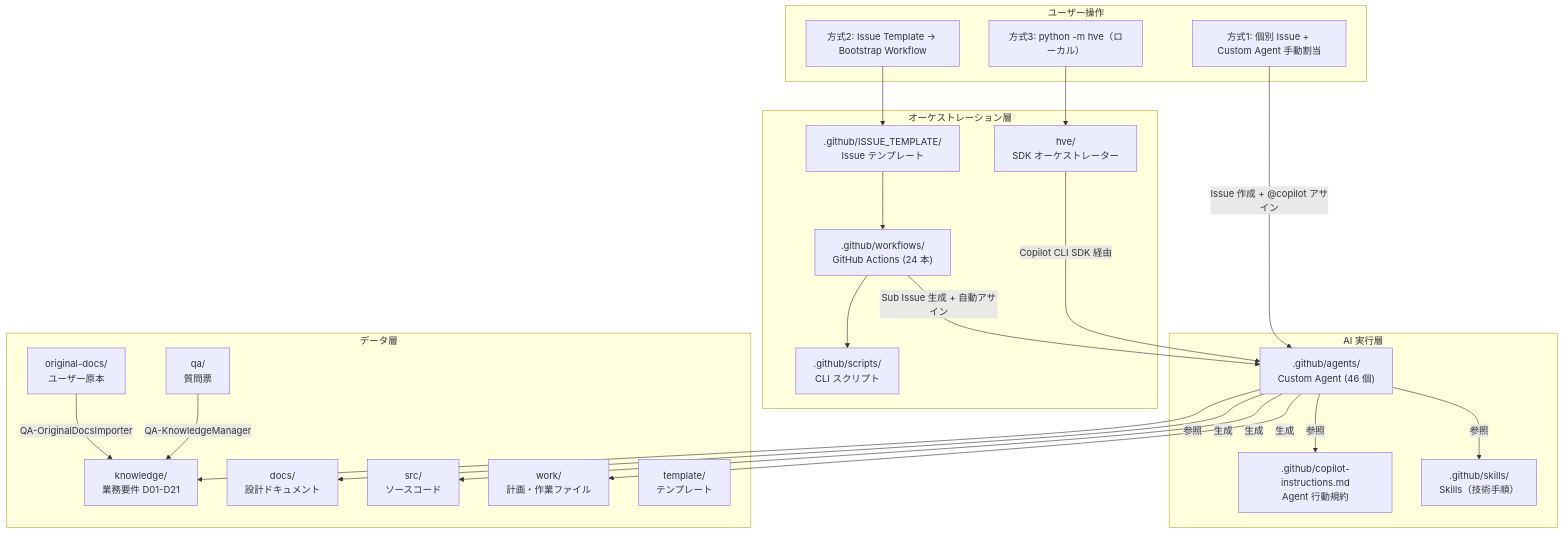
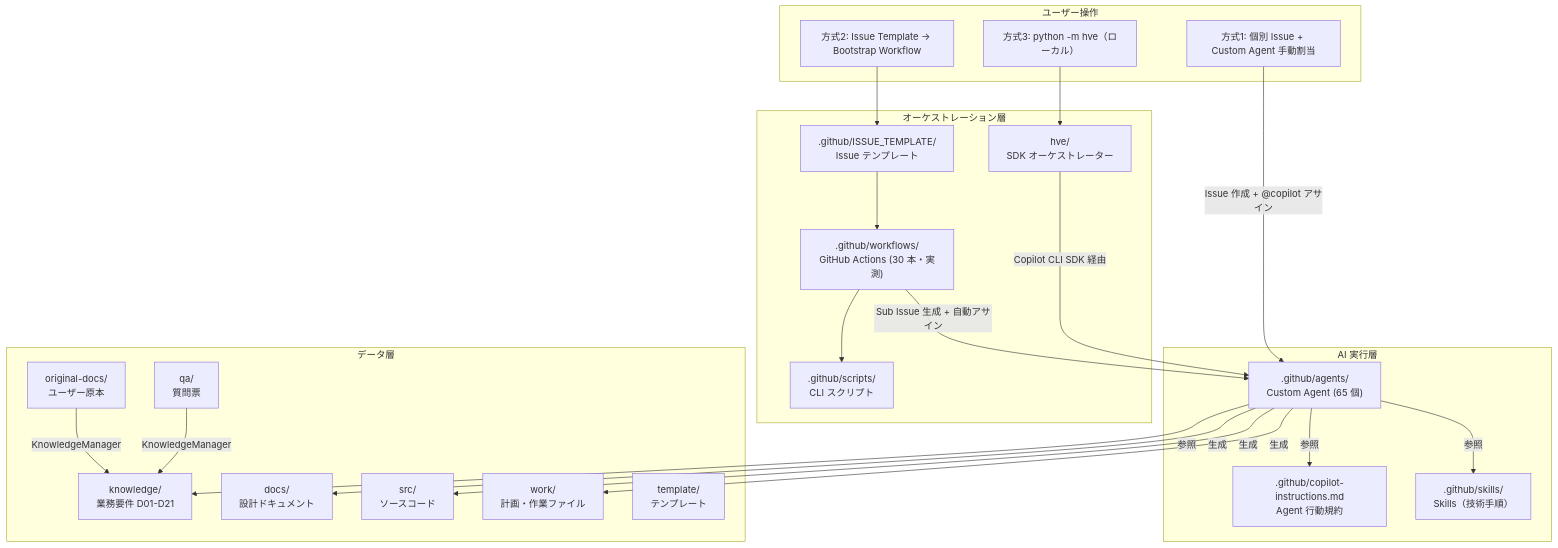
One commit to dahatake/HypervelocityEngineering changed the first of 2 diagrams in users-guide/overview.md. Above: the diagram before and after it, drawn with Mermaid. The commit also changed other lines of this file and 88 other files, not shown here.

````diff
--- a/users-guide/overview.md
+++ b/users-guide/overview.md
@@ -62,46 +62,46 @@
 ```mermaid
 graph TB
     subgraph "ユーザー操作"
         U1["方式1: 個別 Issue + Custom Agent 手動割当"]
         U2["方式2: Issue Template → Bootstrap Workflow"]
         U3["方式3: python -m hve（ローカル）"]
     end
 
     subgraph "オーケストレーション層"
         IT[".github/ISSUE_TEMPLATE/<br>Issue テンプレート"]
-        GHA[".github/workflows/<br>GitHub Actions (24 本)"]
+        GHA[".github/workflows/<br>GitHub Actions (30 本・実測)"]
         SCR[".github/scripts/<br>CLI スクリプト"]
         HVE["hve/<br>SDK オーケストレーター"]
     end
 
     subgraph "AI 実行層"
         CI[".github/copilot-instructions.md<br>Agent 行動規約"]
-        CA[".github/agents/<br>Custom Agent (46 個)"]
+        CA[".github/agents/<br>Custom Agent (65 個)"]
         SK[".github/skills/<br>Skills（技術手順）"]
     end
 
     subgraph "データ層"
         OD["original-docs/<br>ユーザー原本"]
         QA["qa/<br>質問票"]
         KN["knowledge/<br>業務要件 D01-D21"]
         DOCS["docs/<br>設計ドキュメント"]
         SRC["src/<br>ソースコード"]
         WK["work/<br>計画・作業ファイル"]
         TM["template/<br>テンプレート"]
     end
 
     U1 -->|"Issue 作成 + @copilot アサイン"| CA
     U2 --> IT --> GHA -->|"Sub Issue 生成 + 自動アサイン"| CA
     U3 --> HVE -->|"Copilot CLI SDK 経由"| CA
 
     CA -->|"参照"| CI
     CA -->|"参照"| SK
     CA -->|"参照"| KN
     CA -->|"生成"| DOCS
     CA -->|"生成"| SRC
     CA -->|"生成"| WK
     GHA --> SCR
 
-    OD -->|"QA-OriginalDocsImporter"| KN
-    QA -->|"QA-KnowledgeManager"| KN
+    OD -->|"KnowledgeManager"| KN
+    QA -->|"KnowledgeManager"| KN
 ```
````
